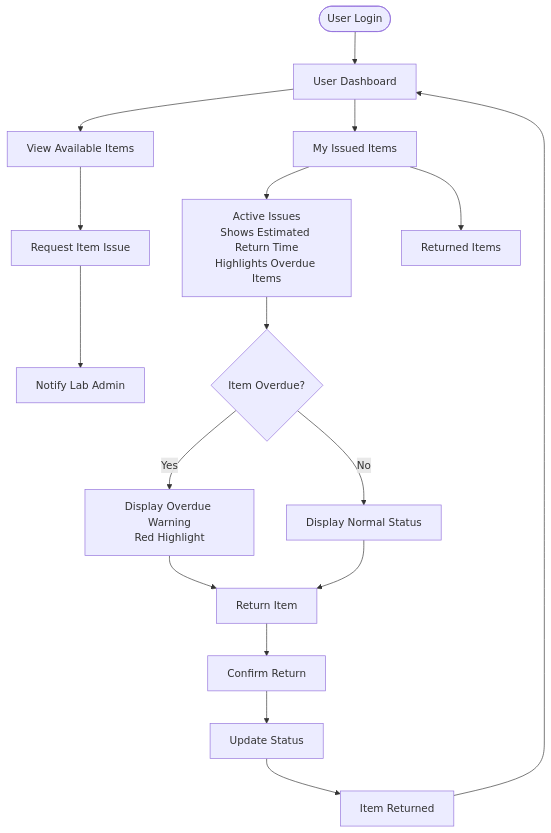
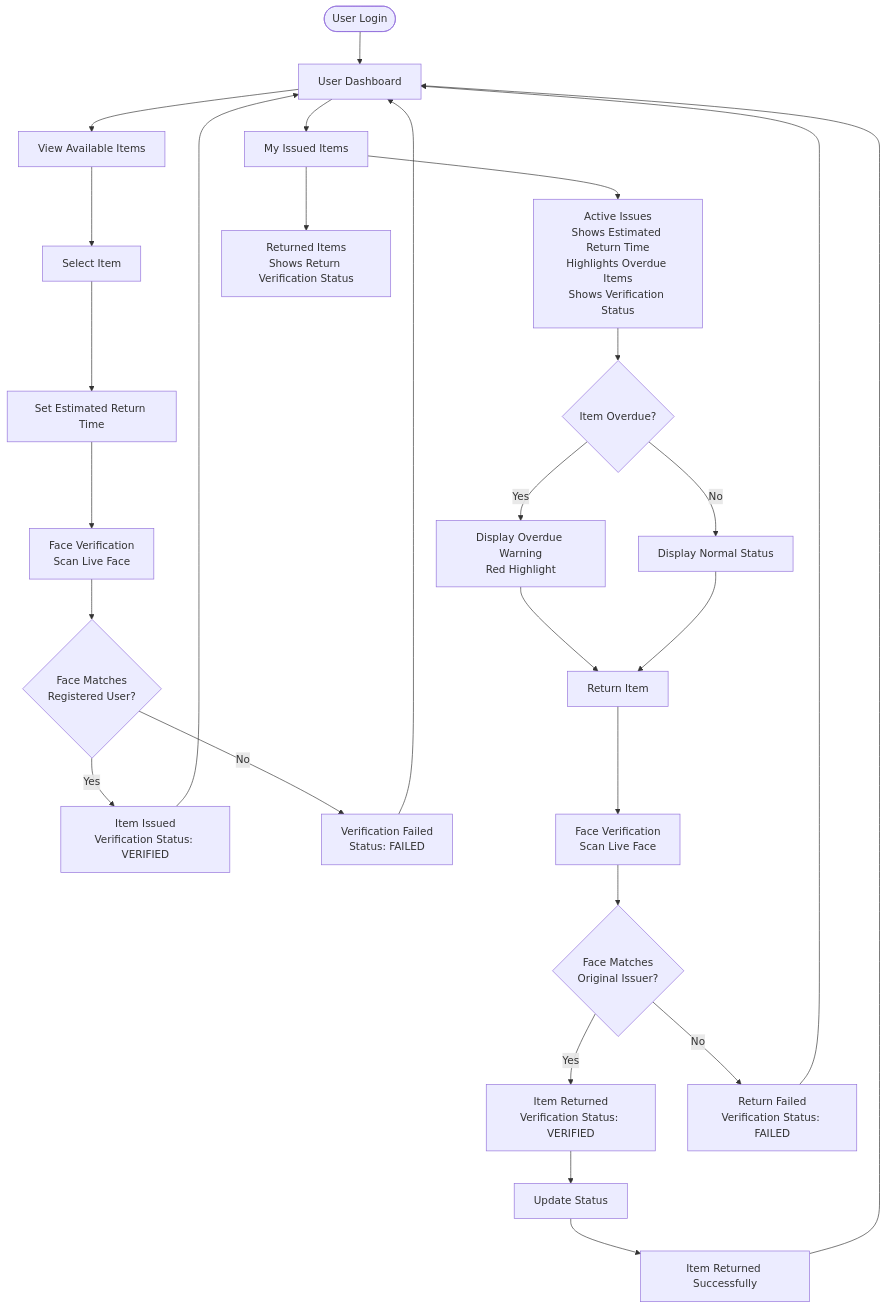
One commit to bejoy-jbt/Laboratory-Items-Issue-Management-System- changed the fifth of 18 diagrams in docs/DIAGRAMS.md. Above: the diagram before and after it, drawn with Mermaid. The commit also changed other lines of this file and 65 other files, not shown here.

````diff
--- a/docs/DIAGRAMS.md
+++ b/docs/DIAGRAMS.md
@@ -249,23 +268,33 @@
 ```mermaid
 flowchart TD
     START([User Login]) --> DASH[User Dashboard]
     DASH --> VIEW_ITEMS[View Available Items]
     DASH --> MY_ISSUED[My Issued Items]
     
-    VIEW_ITEMS --> REQUEST[Request Item Issue]
-    REQUEST --> NOTIFY[Notify Lab Admin]
+    VIEW_ITEMS --> SELECT_ITEM[Select Item]
+    SELECT_ITEM --> SET_RETURN_TIME[Set Estimated Return Time]
+    SET_RETURN_TIME --> FACE_VERIFY_ISSUE[Face Verification<br/>Scan Live Face]
+    FACE_VERIFY_ISSUE --> VERIFY_MATCH{Face Matches<br/>Registered User?}
+    VERIFY_MATCH -->|Yes| ISSUE_SUCCESS[Item Issued<br/>Verification Status: VERIFIED]
+    VERIFY_MATCH -->|No| VERIFY_FAIL[Verification Failed<br/>Status: FAILED]
+    VERIFY_FAIL --> DASH
+    ISSUE_SUCCESS --> DASH
     
-    MY_ISSUED --> ACTIVE[Active Issues<br/>Shows Estimated Return Time<br/>Highlights Overdue Items]
-    MY_ISSUED --> RETURNED[Returned Items]
+    MY_ISSUED --> ACTIVE[Active Issues<br/>Shows Estimated Return Time<br/>Highlights Overdue Items<br/>Shows Verification Status]
+    MY_ISSUED --> RETURNED[Returned Items<br/>Shows Return Verification Status]
     
     ACTIVE --> CHECK_OVERDUE{Item Overdue?}
     CHECK_OVERDUE -->|Yes| SHOW_OVERDUE[Display Overdue Warning<br/>Red Highlight]
     CHECK_OVERDUE -->|No| SHOW_NORMAL[Display Normal Status]
     
     SHOW_OVERDUE --> RETURN_ITEM[Return Item]
     SHOW_NORMAL --> RETURN_ITEM
-    RETURN_ITEM --> CONFIRM[Confirm Return]
-    CONFIRM --> UPDATE[Update Status]
-    UPDATE --> SUCCESS[Item Returned]
+    RETURN_ITEM --> FACE_VERIFY_RETURN[Face Verification<br/>Scan Live Face]
+    FACE_VERIFY_RETURN --> VERIFY_RETURN_MATCH{Face Matches<br/>Original Issuer?}
+    VERIFY_RETURN_MATCH -->|Yes| RETURN_SUCCESS[Item Returned<br/>Verification Status: VERIFIED]
+    VERIFY_RETURN_MATCH -->|No| RETURN_FAIL[Return Failed<br/>Verification Status: FAILED]
+    RETURN_FAIL --> DASH
+    RETURN_SUCCESS --> UPDATE[Update Status]
+    UPDATE --> SUCCESS[Item Returned Successfully]
     SUCCESS --> DASH
 ```
````
